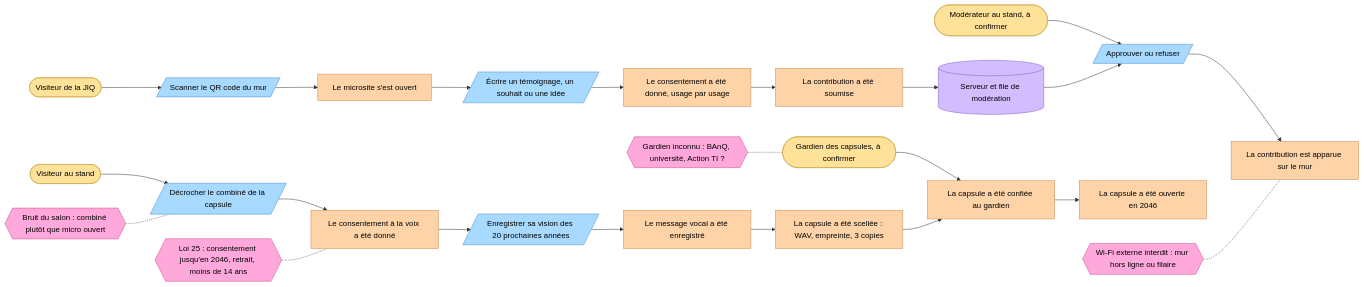
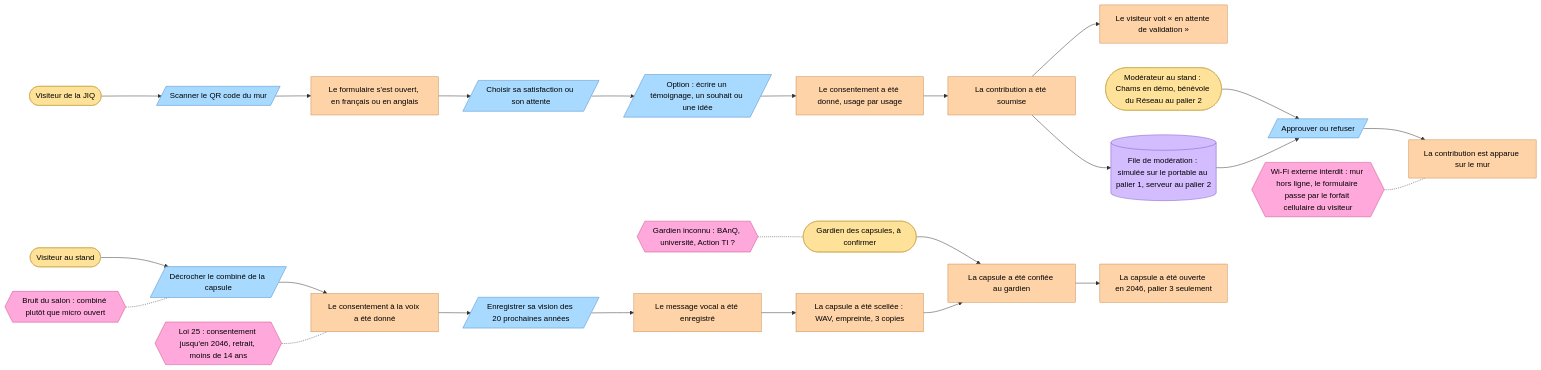
One commit to mouedhen/exper-002-rsx-act-ti-anniv changed the diagram in modele/domaine/participation-capsule.mmd. Above: the diagram before and after it, drawn with Mermaid. The commit also changed 1 other file, not shown here.

Commit message:
Modèle du domaine v0.3 : paliers, choix fermé d'abord, contribution bilingue
Section 5 (participation et capsule) alignée sur le brief 0.3 et la
décision D-051 (démo d'abord) : file de modération simulée au palier 1,
statut « en attente de validation », capsule réelle au palier 3.

Claude-Session: https://claude.ai/code/session_01Efh2NU8JmoxEaUj7JHHzLS

```diff
--- a/modele/domaine/participation-capsule.mmd
+++ b/modele/domaine/participation-capsule.mmd
@@ -1,31 +1,34 @@
 %% Event Storming Big Picture, section 5 : participation, capsule, microsite (Recycle J1, D-044)
+%% v0.3 : paliers (D-051). Palier 1 = démonstration sur portable, hors ligne, contributions simulées ; le serveur n'existe qu'au palier 2.
 %% Orange : événement ; bleu : commande ; jaune : acteur ; violet : système ; rose : point chaud
 flowchart LR
     classDef ev fill:#FFD3A8,stroke:#C98A4B,color:#000
     classDef cmd fill:#A8DAFF,stroke:#4B8AC9,color:#000
     classDef act fill:#FFE299,stroke:#C9A84B,color:#000
     classDef sys fill:#D3BDFF,stroke:#7B5BC9,color:#000
     classDef hot fill:#FFA8DB,stroke:#C94B8A,color:#000
 
     V([Visiteur de la JIQ]):::act --> C1[/Scanner le QR code du mur/]:::cmd
-    C1 --> E1[Le microsite s'est ouvert]:::ev
-    E1 --> C2[/Écrire un témoignage, un souhait ou une idée/]:::cmd
+    C1 --> E1[Le formulaire s'est ouvert, en français ou en anglais]:::ev
+    E1 --> C0[/Choisir sa satisfaction ou son attente/]:::cmd
+    C0 --> C2[/Option : écrire un témoignage, un souhait ou une idée/]:::cmd
     C2 --> E2[Le consentement a été donné, usage par usage]:::ev
     E2 --> E3[La contribution a été soumise]:::ev
-    E3 --> SRV[(Serveur et file de modération)]:::sys
-    M([Modérateur au stand, à confirmer]):::act --> C3[/Approuver ou refuser/]:::cmd
+    E3 --> E3b[Le visiteur voit « en attente de validation »]:::ev
+    E3 --> SRV[(File de modération : simulée sur le portable au palier 1, serveur au palier 2)]:::sys
+    M([Modérateur au stand : Chams en démo, bénévole du Réseau au palier 2]):::act --> C3[/Approuver ou refuser/]:::cmd
     SRV --> C3
     C3 --> E4[La contribution est apparue sur le mur]:::ev
 
     VS([Visiteur au stand]):::act --> C4[/Décrocher le combiné de la capsule/]:::cmd
     C4 --> E5[Le consentement à la voix a été donné]:::ev
     E5 --> C5[/Enregistrer sa vision des 20 prochaines années/]:::cmd
     C5 --> E6[Le message vocal a été enregistré]:::ev
     E6 --> E7[La capsule a été scellée : WAV, empreinte, 3 copies]:::ev
     G([Gardien des capsules, à confirmer]):::act --> E8[La capsule a été confiée au gardien]:::ev
-    E7 --> E8 --> E9[La capsule a été ouverte en 2046]:::ev
+    E7 --> E8 --> E9[La capsule a été ouverte en 2046, palier 3 seulement]:::ev
 
-    H1{{Wi-Fi externe interdit : mur hors ligne ou filaire}}:::hot -.- E4
+    H1{{Wi-Fi externe interdit : mur hors ligne, le formulaire passe par le forfait cellulaire du visiteur}}:::hot -.- E4
     H2{{Loi 25 : consentement jusqu'en 2046, retrait, moins de 14 ans}}:::hot -.- E5
     H3{{Bruit du salon : combiné plutôt que micro ouvert}}:::hot -.- C4
     H4{{Gardien inconnu : BAnQ, université, Action TI ?}}:::hot -.- G
```
